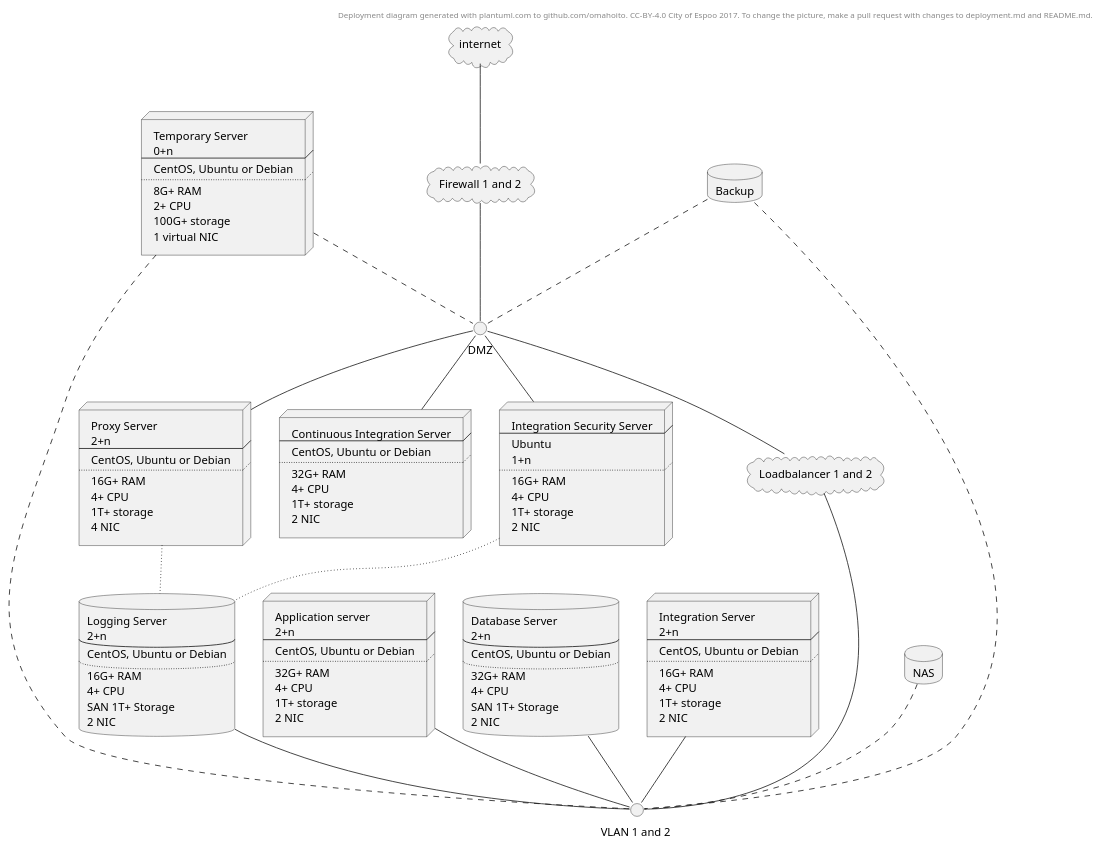
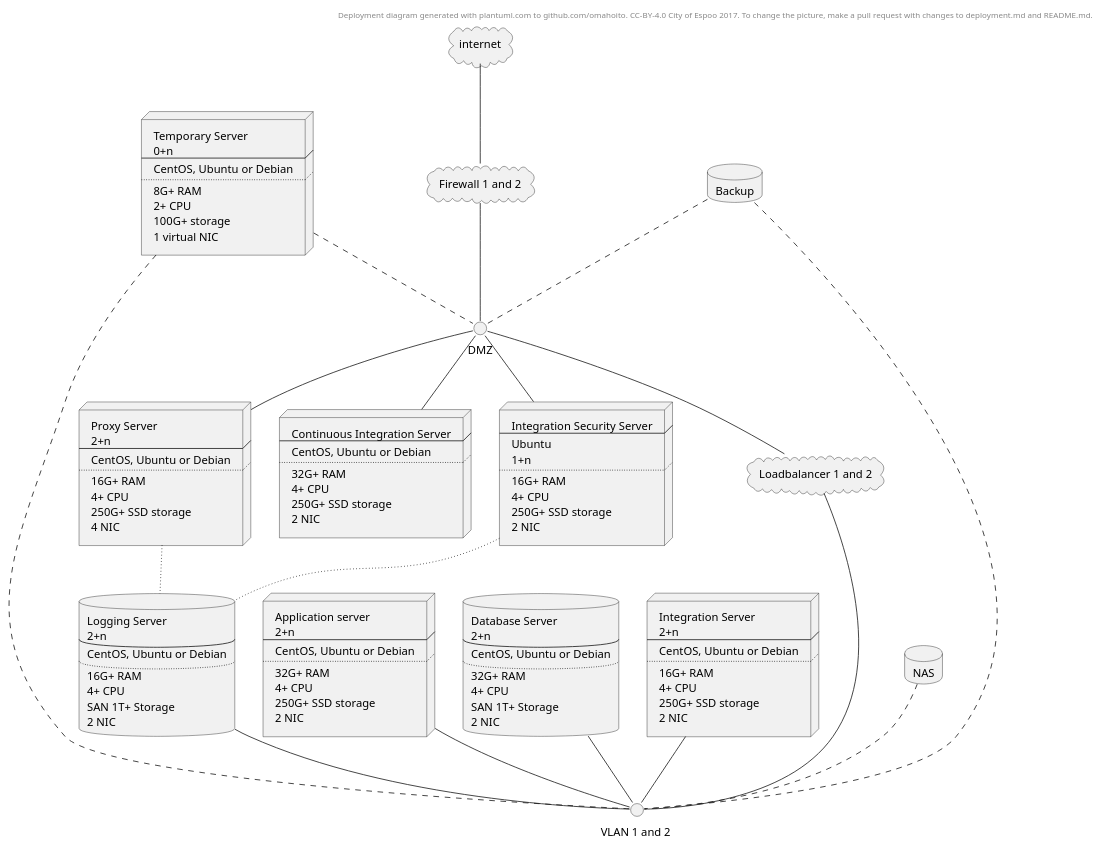
One commit to ruoat/definitions changed the diagram in deployment.md. Above: the diagram before and after it, drawn with PlantUML.

```diff
--- a/deployment.md
+++ b/deployment.md
@@ -22,7 +22,7 @@
 ....
 32G+ RAM
 4+ CPU
-1T+ storage
+250G+ SSD storage
 2 NIC
 ]
 database database1 [
@@ -55,7 +55,7 @@
 ....
 16G+ RAM
 4+ CPU
-1T+ storage
+250G+ SSD storage
 2 NIC
 ]
 node nodeintegration2 [
@@ -66,7 +66,7 @@
 ....
 16G+ RAM
 4+ CPU
-1T+ storage
+250G+ SSD storage
 2 NIC
 ]
 node nodeproxy [
@@ -77,7 +77,7 @@
 ....
 16G+ RAM
 4+ CPU
-1T+ storage
+250G+ SSD storage
 4 NIC
 ]
 node nodeci [
@@ -87,7 +87,7 @@
 ....
 32G+ RAM
 4+ CPU
-1T+ storage
+250G+ SSD storage
 2 NIC
 ]
 node nodevm [
```
